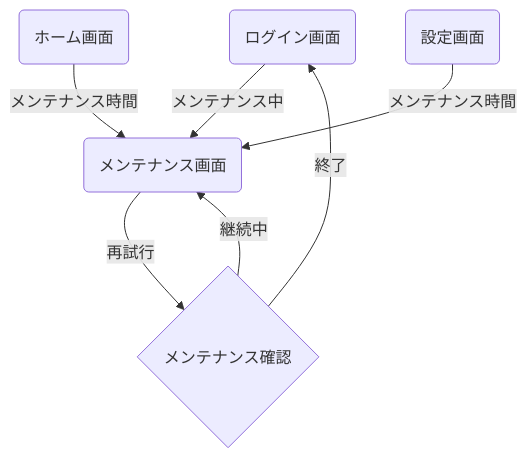
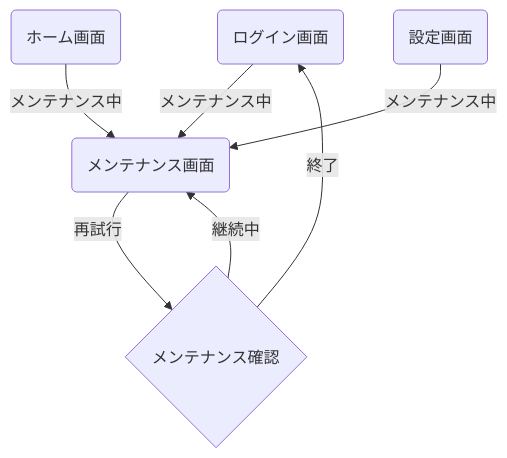
Before and after one commit to yumemi-inc/flutter-mobile-project-docs-template: the second of 3 diagrams in docs/template/screen_flow/authentication_flow.md, drawn with Mermaid. The commit also changed 2 other files, not shown here.

Commit message:
fix: メンテナンス表記の統一 - 各画面遷移図において「メンテナンス」を「メンテナンス中」に修正し、表記を統一しました。

````diff
--- a/docs/template/screen_flow/authentication_flow.md
+++ b/docs/template/screen_flow/authentication_flow.md
@@ -82,10 +82,10 @@
 ```mermaid
 graph TD
     SC001(ログイン画面) -- "メンテナンス中" --> SC009(メンテナンス画面)
     SC009 -- "再試行" --> MCheck{メンテナンス確認}
     MCheck -- "終了" --> SC001
     MCheck -- "継続中" --> SC009
     
-    SC002(ホーム画面) -- "メンテナンス時間" --> SC009
-    SC003(設定画面) -- "メンテナンス時間" --> SC009
+    SC002(ホーム画面) -- "メンテナンス中" --> SC009
+    SC003(設定画面) -- "メンテナンス中" --> SC009
 ```
````
